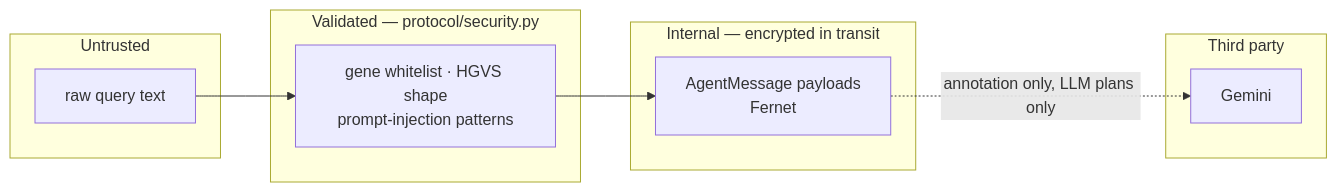
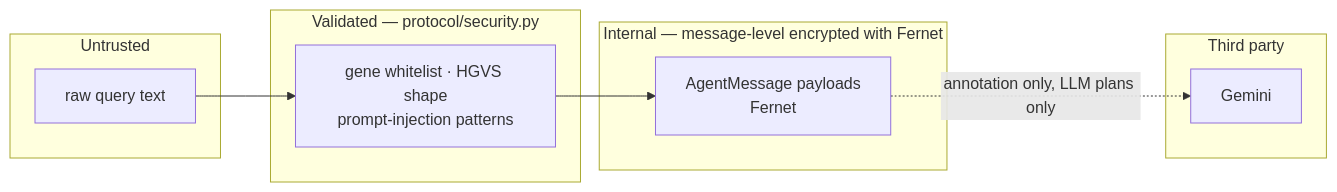
Before and after one commit to sandaliz/genomic-variant-interpreter-system: the third of 3 diagrams in docs/architecture.md, drawn with Mermaid. The commit also changed 18 other files, not shown here.

````diff
--- a/docs/architecture.md
+++ b/docs/architecture.md
@@ -107,17 +107,17 @@
 ```mermaid
 flowchart LR
     subgraph untrusted["Untrusted"]
         Q["raw query text"]
     end
     subgraph sanitised["Validated — protocol/security.py"]
         V["gene whitelist · HGVS shape<br/>prompt-injection patterns"]
     end
-    subgraph internal["Internal — encrypted in transit"]
+    subgraph internal["Internal — message-level encrypted with Fernet"]
         MSG["AgentMessage payloads<br/>Fernet"]
     end
     subgraph external["Third party"]
         G["Gemini"]
     end
     Q --> V --> MSG
     MSG -. "annotation only, LLM plans only" .-> G
 ```
````
